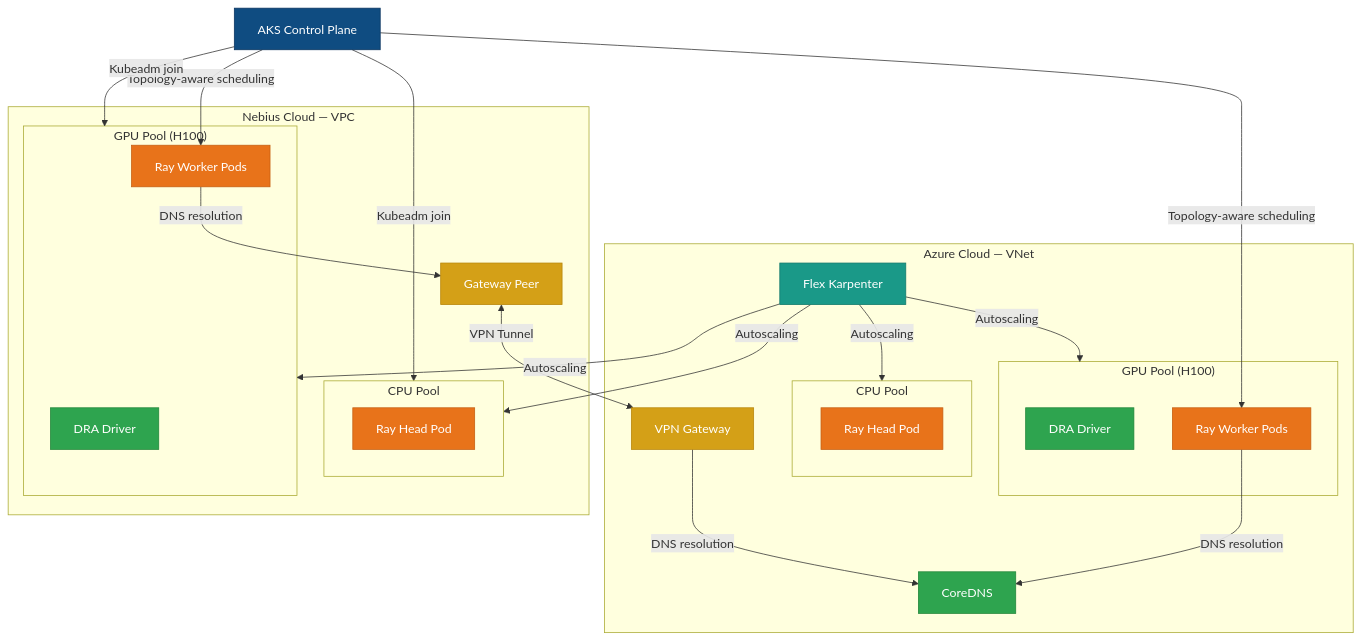
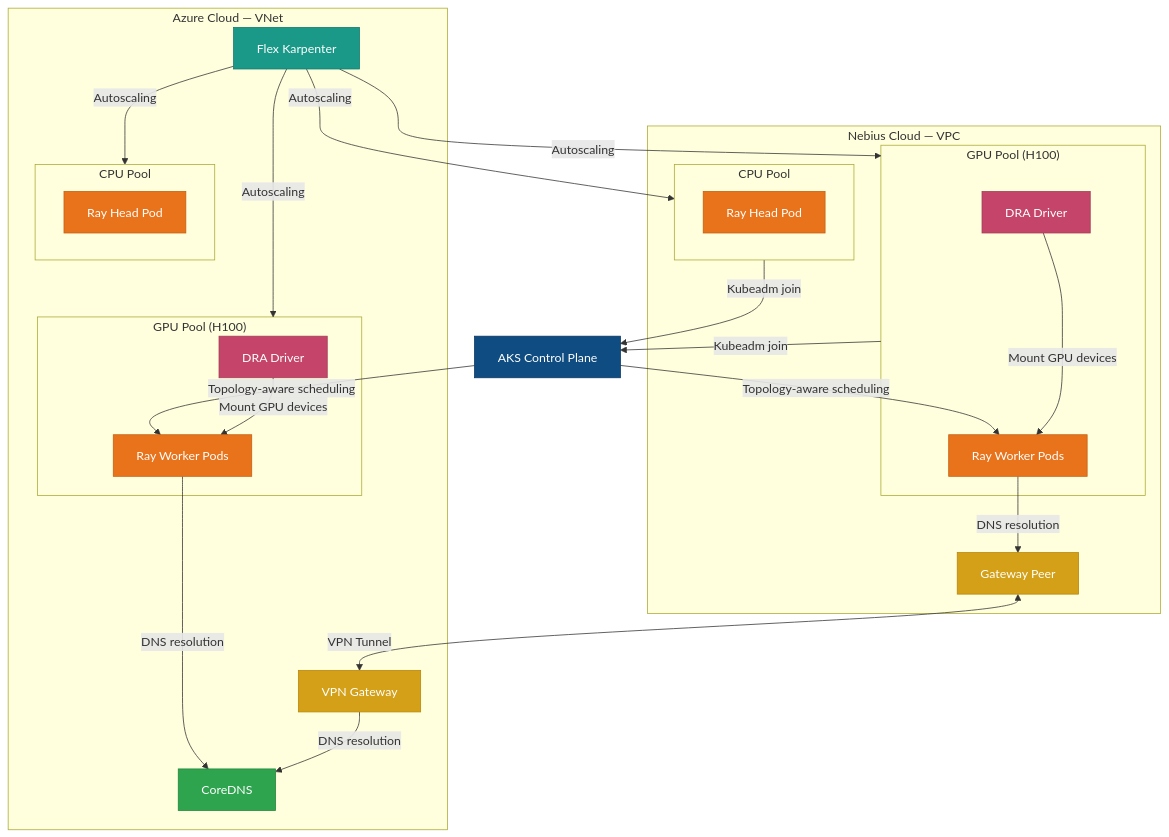
The diagram in docs/system-architecture.mmd (Azure-Samples/aks-ai), drawn with Mermaid before and after one commit. The commit also changed 1 other file, not shown here.

Commit message:
update doc with DRA driver details

```diff
--- a/docs/system-architecture.mmd
+++ b/docs/system-architecture.mmd
@@ -1,60 +1,65 @@
 graph TB
     AKS["AKS Control Plane"]
 
     subgraph Azure["Azure Cloud — VNet"]
         COREDNS["CoreDNS"]
         KARP["Flex Karpenter"]
         subgraph AzureCpuPool["CPU Pool"]
             AHEAD["Ray Head Pod"]
         end
         subgraph GpuPool["GPU Pool (H100)"]
             ADRA["DRA Driver"]
             AWORK["Ray Worker Pods"]
         end
         AVPN["VPN Gateway"]
     end
 
     subgraph Nebius["Nebius Cloud — VPC"]
         subgraph NebiusCpuPool["CPU Pool"]
             NHEAD["Ray Head Pod"]
         end
         subgraph NebiusGpuPool["GPU Pool (H100)"]
             NDRA["DRA Driver"]
             NWORK["Ray Worker Pods"]
         end
         NVPN["Gateway Peer"]
     end
 
     %% Control plane to Nebius
-    AKS -->|"Kubeadm join"| NebiusCpuPool
-    AKS -->|"Kubeadm join"| NebiusGpuPool
+    NebiusCpuPool -->|"Kubeadm join"| AKS
+    NebiusGpuPool -->|"Kubeadm join"| AKS
 
     %% Flex Karpenter manages node pool lifecycle
     KARP -->|"Autoscaling"| AzureCpuPool
     KARP -->|"Autoscaling"| GpuPool
     KARP -->|"Autoscaling"| NebiusCpuPool
     KARP -->|"Autoscaling"| NebiusGpuPool
 
     %% DRA topology-aware GPU scheduling
     AKS -->|"Topology-aware scheduling"| AWORK
     AKS -->|"Topology-aware scheduling"| NWORK
+
+    %% DRA mounts GPU devices
+    ADRA -->|"Mount GPU devices"| AWORK
+    NDRA -->|"Mount GPU devices"| NWORK
 
     %% DNS resolution
     AWORK -->|"DNS resolution"| COREDNS
     NWORK -->|"DNS resolution"| NVPN <-->|"VPN Tunnel"| AVPN -->|"DNS resolution"| COREDNS
 
     %% Styles
     classDef azure fill:#0078d4,stroke:#005a9e,color:#fff
     classDef nebius fill:#7b2d8e,stroke:#5a1d6e,color:#fff
     classDef control fill:#0f4c81,stroke:#0a3560,color:#fff
     classDef workload fill:#e8731a,stroke:#c55f12,color:#fff
     classDef gateway fill:#d4a017,stroke:#b8860b,color:#fff
     classDef system fill:#2ea44f,stroke:#22863a,color:#fff
+    classDef dra fill:#c44569,stroke:#a13d57,color:#fff
     classDef karpenter fill:#1a9988,stroke:#147a6c,color:#fff
 
     class AKS control
     class KARP karpenter
     class COREDNS system
     class AHEAD,AWORK,NHEAD,NWORK workload
-    class ADRA,NDRA system
+    class ADRA,NDRA dra
     class AVPN,NVPN gateway
```
